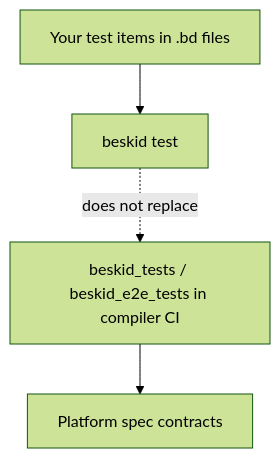
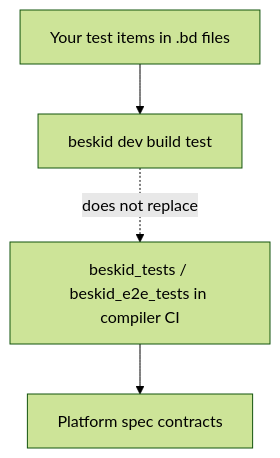
Before and after one commit to Cyber-Nomad-Collective/beskid: the diagram in site/website/src/content/docs/book/08-green-tests-red-production/conformance-vs-unit.md, drawn with Mermaid (forest theme). The commit also changed other lines of this file and 1455 other files, not shown here.

````diff
--- a/site/website/src/content/docs/book/08-green-tests-red-production/conformance-vs-unit.md
+++ b/site/website/src/content/docs/book/08-green-tests-red-production/conformance-vs-unit.md
@@ -31,10 +31,10 @@
 ```mermaid
 flowchart TB
   userTests[Your test items in .bd files]
-  cli[beskid test]
+  cli[beskid dev build test]
   conformance[beskid_tests / beskid_e2e_tests in compiler CI]
   spec[Platform spec contracts]
   userTests --> cli
   conformance --> spec
   cli -.->|does not replace| conformance
 ```
````
